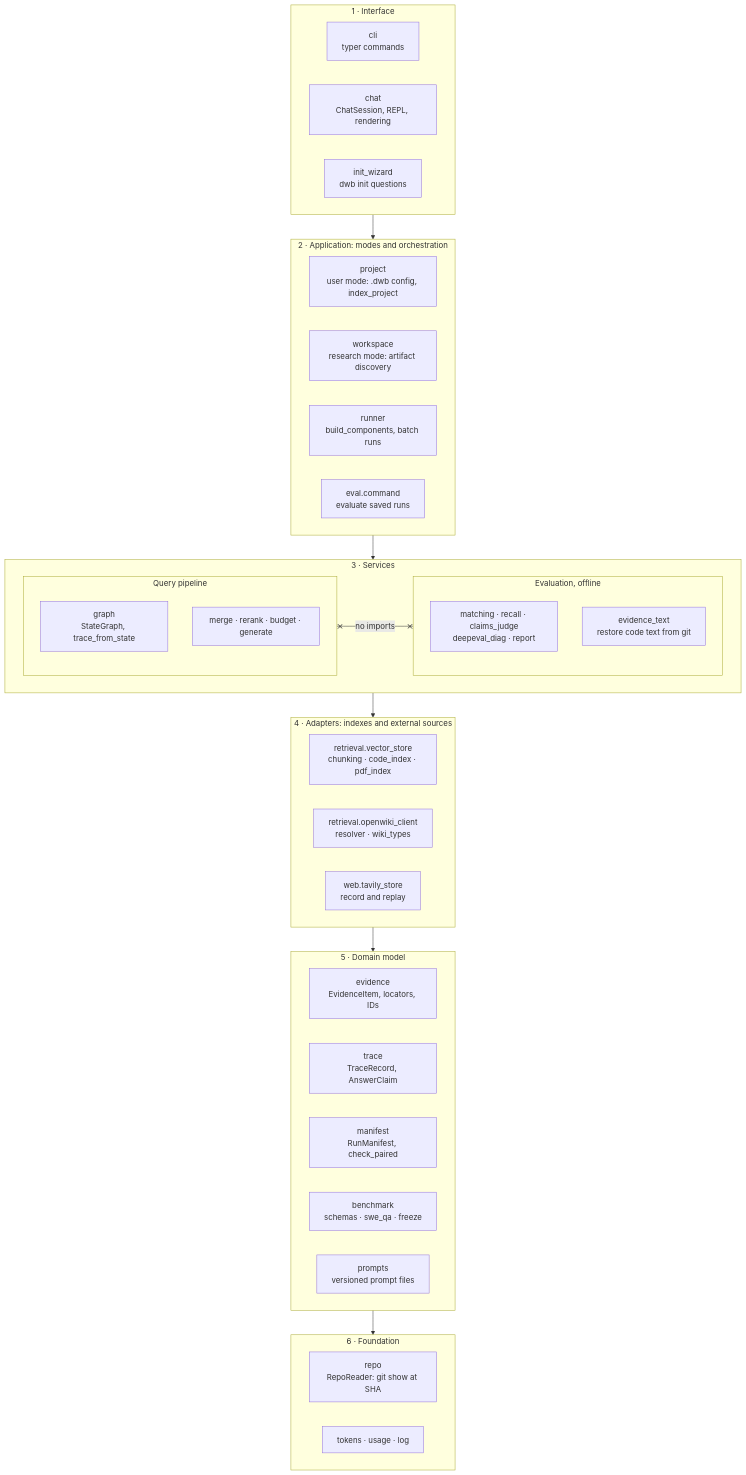
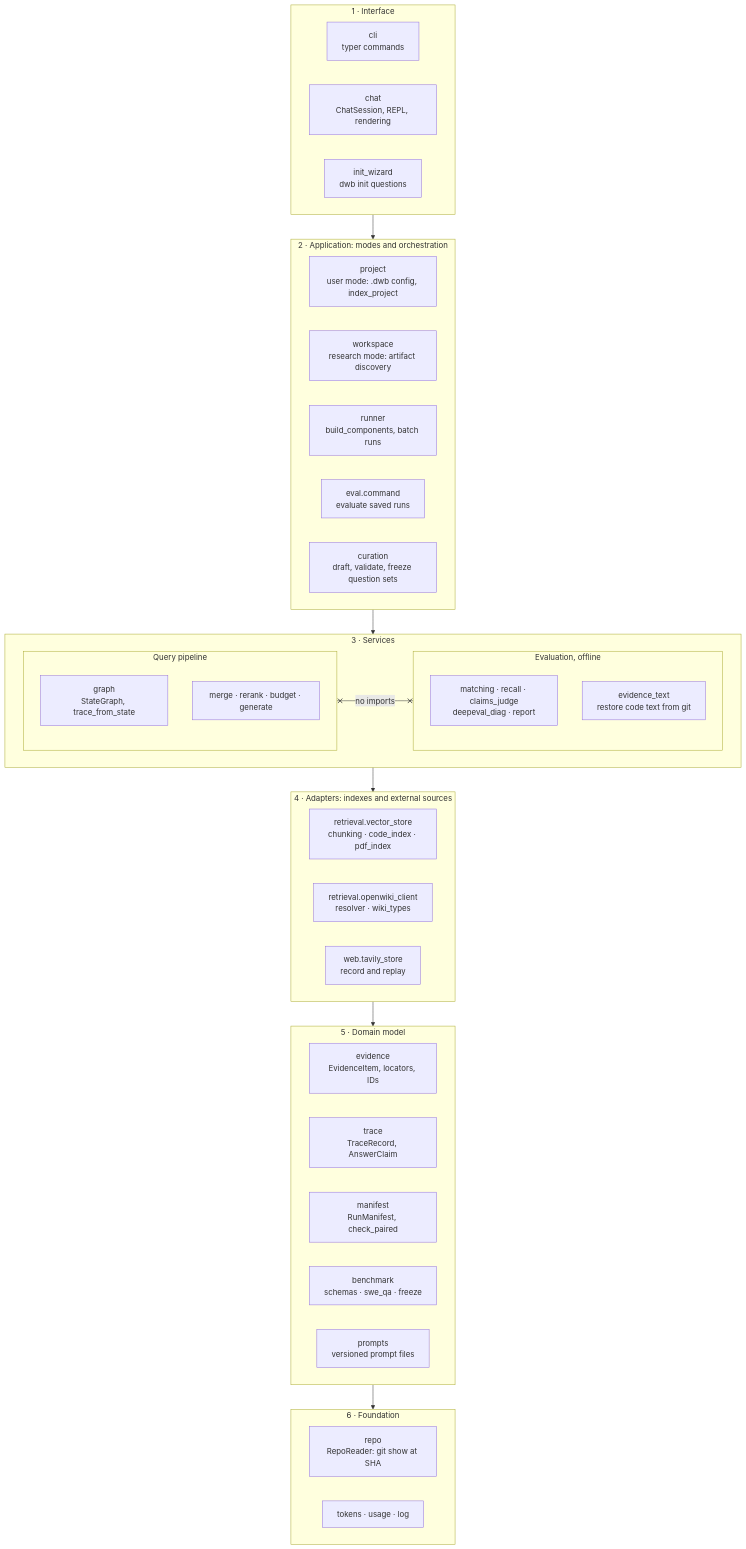
The second of 9 diagrams in docs/architecture.md (andresdp/design-wiki-bridge), drawn with Mermaid before and after one commit. The commit also changed other lines of this file and 3 other files, not shown here.

````diff
--- a/docs/architecture.md
+++ b/docs/architecture.md
@@ -38,50 +38,51 @@
 ```mermaid
 flowchart TB
     subgraph L1["1 · Interface"]
         direction LR
         cli["cli<br/>typer commands"]
         chat["chat<br/>ChatSession, REPL, rendering"]
         initw["init_wizard<br/>dwb init questions"]
     end
     subgraph L2["2 · Application: modes and orchestration"]
         direction LR
         project["project<br/>user mode: .dwb config, index_project"]
         workspace["workspace<br/>research mode: artifact discovery"]
         runner["runner<br/>build_components, batch runs"]
         evalcmd["eval.command<br/>evaluate saved runs"]
+        curation["curation<br/>draft, validate, freeze question sets"]
     end
     subgraph L3["3 · Services"]
         direction LR
         subgraph PIPE["Query pipeline"]
             direction TB
             qgraph["graph<br/>StateGraph, trace_from_state"]
             stages["merge · rerank · budget · generate"]
         end
         subgraph EVAL["Evaluation, offline"]
             direction TB
             scoring["matching · recall · claims_judge<br/>deepeval_diag · report"]
             evtext["evidence_text<br/>restore code text from git"]
         end
     end
     subgraph L4["4 · Adapters: indexes and external sources"]
         direction LR
         vec["retrieval.vector_store<br/>chunking · code_index · pdf_index"]
         wiki["retrieval.openwiki_client<br/>resolver · wiki_types"]
         web["web.tavily_store<br/>record and replay"]
     end
     subgraph L5["5 · Domain model"]
         direction LR
         evidence["evidence<br/>EvidenceItem, locators, IDs"]
         trace["trace<br/>TraceRecord, AnswerClaim"]
         manifest["manifest<br/>RunManifest, check_paired"]
         bench["benchmark<br/>schemas · swe_qa · freeze"]
         prompts["prompts<br/>versioned prompt files"]
     end
     subgraph L6["6 · Foundation"]
         direction LR
         repo["repo<br/>RepoReader: git show at SHA"]
         util["tokens · usage · log"]
     end
     L1 --> L2 --> L3 --> L4 --> L5 --> L6
     PIPE x--x|no imports| EVAL
 ```
````
